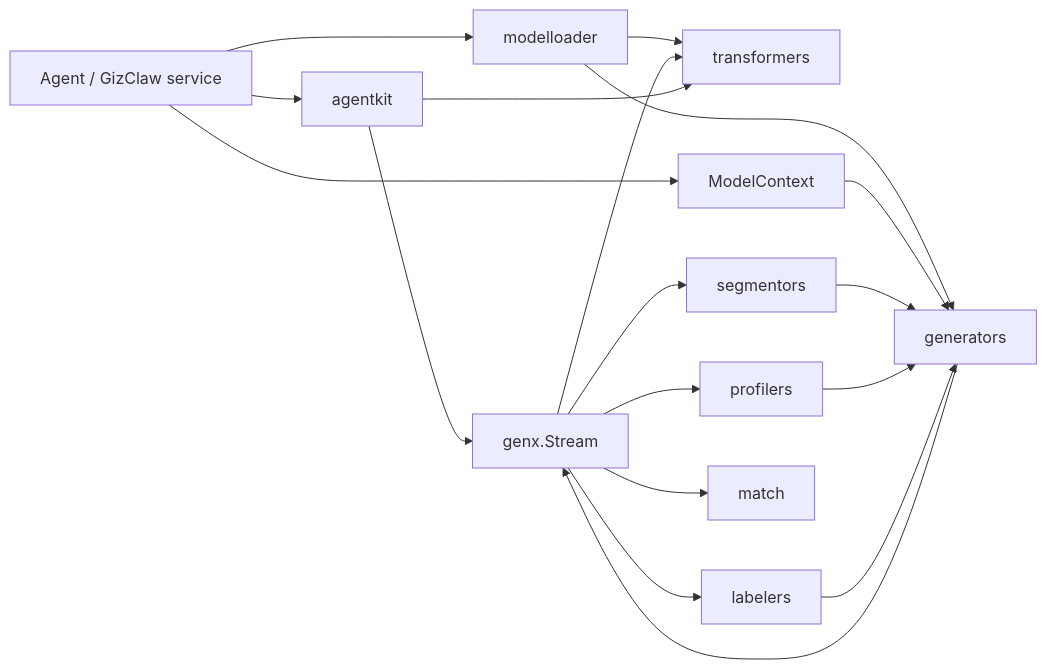
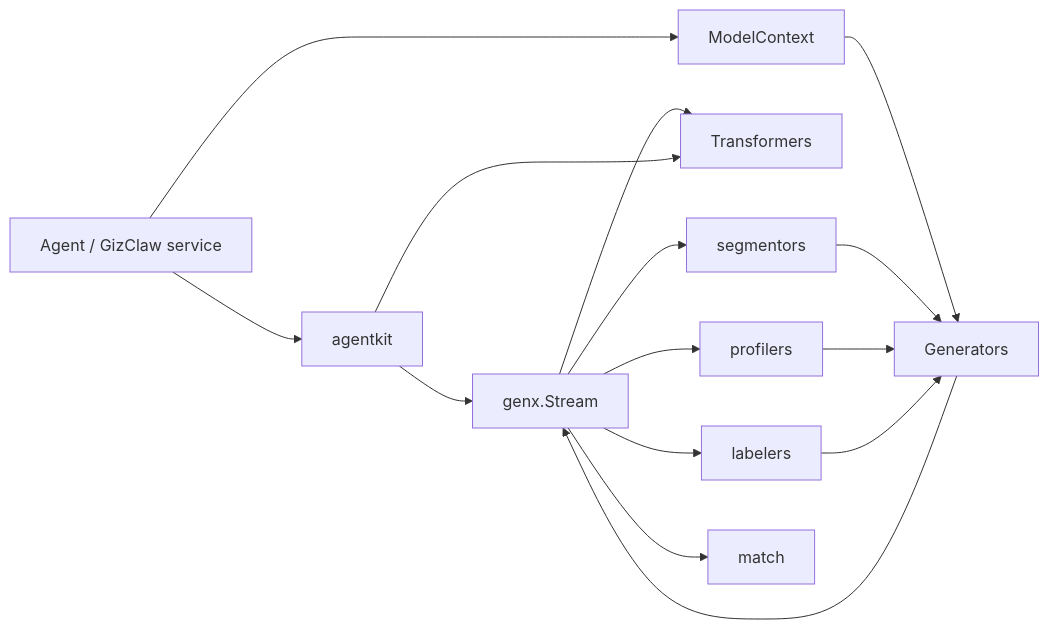
The diagram in guides/en/developing/genx/overview.md (GizClaw/gizclaw), drawn with Mermaid before and after one commit. The commit also changed other lines of this file and 14 other files, not shown here.

First line of the commit message:
genx/modelloader: remove the unused configuration loader (#558)

````diff
--- a/guides/en/developing/genx/overview.md
+++ b/guides/en/developing/genx/overview.md
@@ -129,20 +128,17 @@
 ```mermaid
 flowchart LR
     Product["Agent / GizClaw service"] --> AgentKit["agentkit"]
-    Product --> Loader["modelloader"]
-    Loader --> Generators["generators"]
-    Loader --> Transformers["transformers"]
     Product --> Context["ModelContext"]
     Context --> Generators
     Generators --> Stream["genx.Stream"]
     Stream --> Transformers
     AgentKit --> Stream
     AgentKit --> Transformers
     Stream --> Segmentors["segmentors"]
     Stream --> Profilers["profilers"]
     Stream --> Labelers["labelers"]
     Stream --> Match["match"]
     Segmentors --> Generators
     Profilers --> Generators
     Labelers --> Generators
 ```
````
